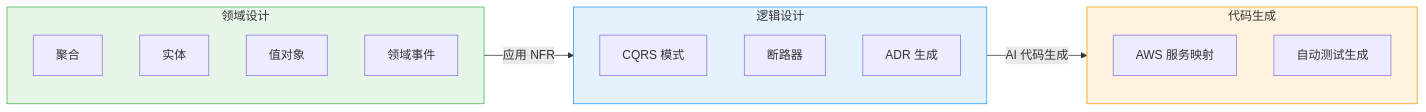
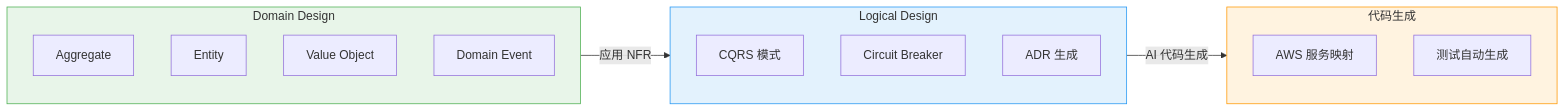
Before and after one commit to devfloor9/engineering-playbook: the second of 3 diagrams in i18n/zh/docusaurus-plugin-content-docs/current/aiops-aidlc/aidlc-framework.md, drawn with Mermaid. The commit also changed other lines of this file and 43 other files, not shown here.

````diff
--- a/i18n/zh/docusaurus-plugin-content-docs/current/aiops-aidlc/aidlc-framework.md
+++ b/i18n/zh/docusaurus-plugin-content-docs/current/aiops-aidlc/aidlc-framework.md
@@ -323,27 +318,27 @@
 ```mermaid
 graph LR
-    subgraph DD["领域设计"]
-        AGG["聚合"]
-        ENT["实体"]
-        VO["值对象"]
-        DE["领域事件"]
+    subgraph DD["Domain Design"]
+        AGG["Aggregate"]
+        ENT["Entity"]
+        VO["Value Object"]
+        DE["Domain Event"]
     end
 
-    subgraph LD["逻辑设计"]
+    subgraph LD["Logical Design"]
         CQRS["CQRS 模式"]
-        CB["断路器"]
+        CB["Circuit Breaker"]
         ADR["ADR 生成"]
     end
 
     subgraph CG["代码生成"]
         AWS["AWS 服务映射"]
-        TEST["自动测试生成"]
+        TEST["测试自动生成"]
     end
 
     DD -->|应用 NFR| LD
     LD -->|AI 代码生成| CG
 
     style DD fill:#e8f5e9,stroke:#4caf50
     style LD fill:#e3f2fd,stroke:#2196f3
     style CG fill:#fff3e0,stroke:#ff9800
 ```
````
